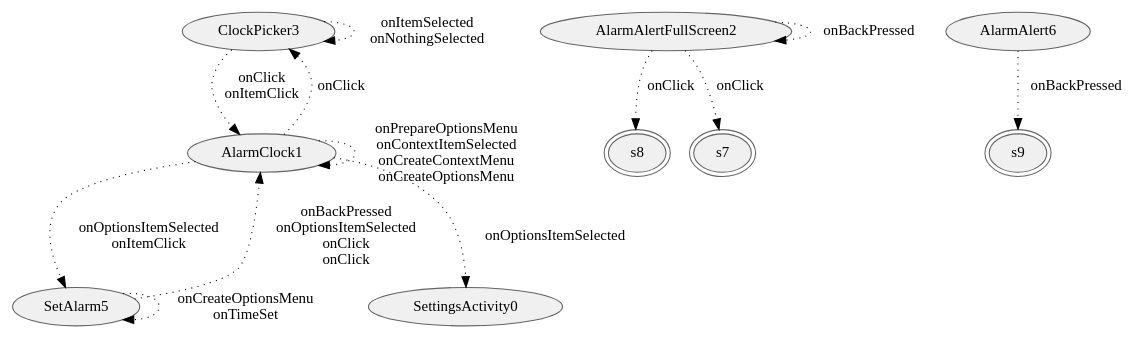
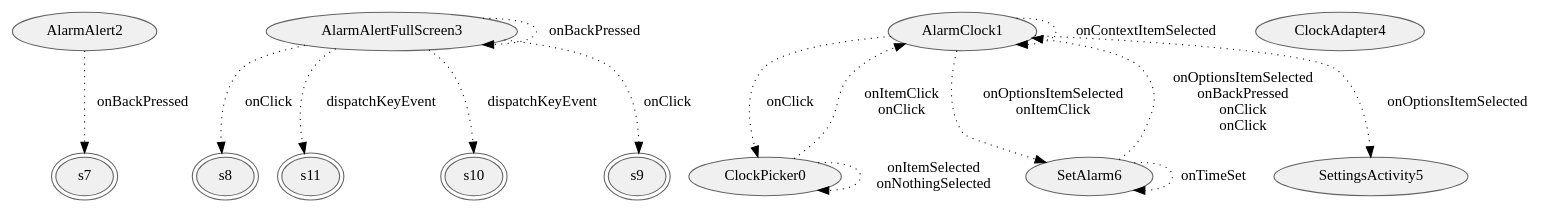
Before and after one commit to hans89/astparser: the diagram in graphviz/AlarmClock.gv, drawn with Graphviz. The commit also changed 6 other files, not shown here.

```diff
--- a/graphviz/AlarmClock.gv
+++ b/graphviz/AlarmClock.gv
@@ -1,35 +1,36 @@
 digraph {
 fontname="Helvetica";
 node[style="filled,solid", colorscheme=greys3, fillcolor=1, color=3];
-ClockPicker3;
+AlarmAlert2;
+s8[peripheries=2];
+AlarmAlertFullScreen3;
+s11[peripheries=2];
+s10[peripheries=2];
+s9[peripheries=2];
 AlarmClock1;
-AlarmAlertFullScreen2;
-s8[peripheries=2];
-SetAlarm5;
-SettingsActivity0;
-s9[peripheries=2];
-AlarmAlert6;
+ClockPicker0;
+SetAlarm6;
+SettingsActivity5;
 s7[peripheries=2];
-ClockPicker3 -> AlarmClock1[label="onClick
+ClockAdapter4;
+AlarmAlert2 -> s7[label="onBackPressed",style=dotted];
+AlarmAlertFullScreen3 -> s8[label="onClick",style=dotted];
+AlarmAlertFullScreen3 -> AlarmAlertFullScreen3[label="onBackPressed",style=dotted];
+AlarmAlertFullScreen3 -> s11[label="dispatchKeyEvent",style=dotted];
+AlarmAlertFullScreen3 -> s10[label="dispatchKeyEvent",style=dotted];
+AlarmAlertFullScreen3 -> s9[label="onClick",style=dotted];
+ClockPicker0 -> ClockPicker0[label="onItemSelected
+onNothingSelected",style=dotted];
+ClockPicker0 -> AlarmClock1[label="onItemClick
+onClick",style=dotted];
+AlarmClock1 -> ClockPicker0[label="onClick",style=dotted];
+AlarmClock1 -> AlarmClock1[label="onContextItemSelected",style=dotted];
+AlarmClock1 -> SettingsActivity5[label="onOptionsItemSelected",style=dotted];
+AlarmClock1 -> SetAlarm6[label="onOptionsItemSelected
 onItemClick",style=dotted];
-ClockPicker3 -> ClockPicker3[label="onItemSelected
-onNothingSelected",style=dotted];
-AlarmClock1 -> AlarmClock1[label="onPrepareOptionsMenu
-onContextItemSelected
-onCreateContextMenu
-onCreateOptionsMenu",style=dotted];
-AlarmClock1 -> ClockPicker3[label="onClick",style=dotted];
-AlarmClock1 -> SetAlarm5[label="onOptionsItemSelected
-onItemClick",style=dotted];
-AlarmClock1 -> SettingsActivity0[label="onOptionsItemSelected",style=dotted];
-AlarmAlertFullScreen2 -> AlarmAlertFullScreen2[label="onBackPressed",style=dotted];
-AlarmAlertFullScreen2 -> s8[label="onClick",style=dotted];
-AlarmAlertFullScreen2 -> s7[label="onClick",style=dotted];
-SetAlarm5 -> AlarmClock1[label="onBackPressed
-onOptionsItemSelected
+SetAlarm6 -> AlarmClock1[label="onOptionsItemSelected
+onBackPressed
 onClick
 onClick",style=dotted];
-SetAlarm5 -> SetAlarm5[label="onCreateOptionsMenu
-onTimeSet",style=dotted];
-AlarmAlert6 -> s9[label="onBackPressed",style=dotted];
+SetAlarm6 -> SetAlarm6[label="onTimeSet",style=dotted];
 }
```
